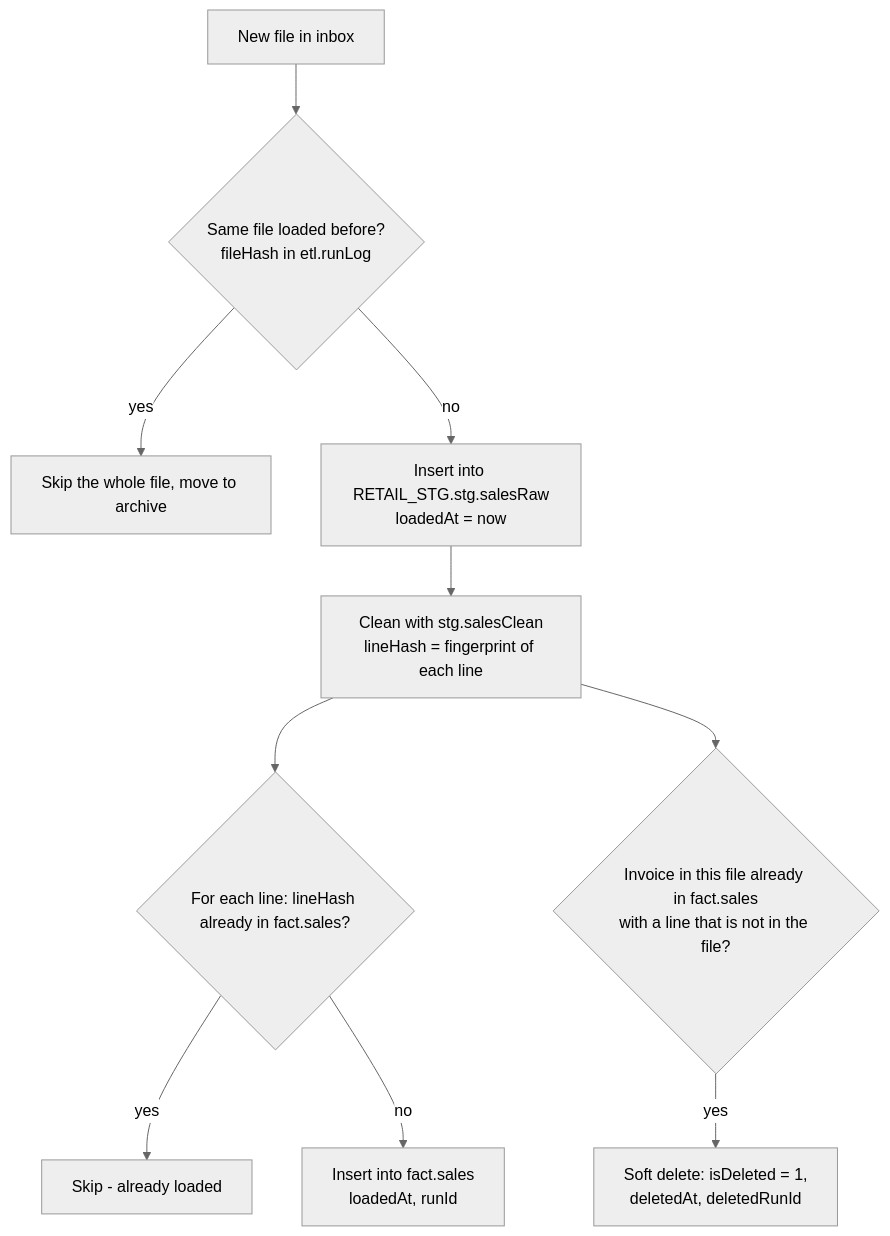
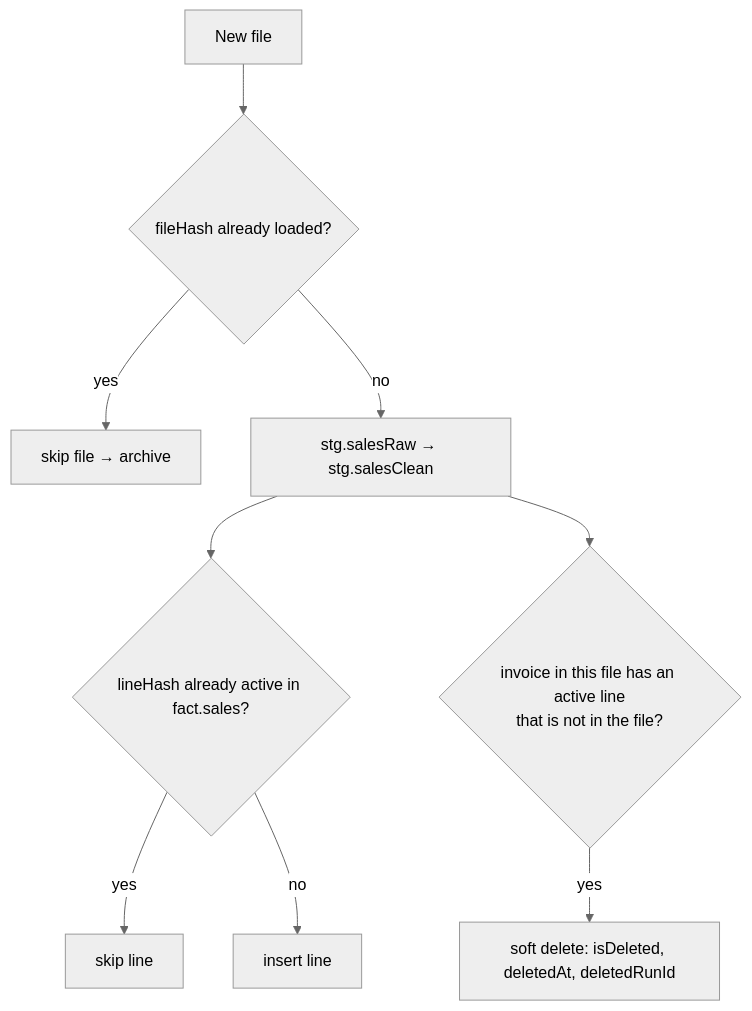
The third of 3 diagrams in readme.md (KetroSithole/RetailCo-ketro-sithole-2026), drawn with Mermaid (neutral theme) before and after one commit. The commit also changed other lines of this file and 1 other file, not shown here.

````diff
--- a/readme.md
+++ b/readme.md
@@ -78,12 +191,11 @@
 ```mermaid
 flowchart TD
-    A[New file in inbox] --> B{Same file loaded before?<br/>fileHash in etl.runLog}
-    B -->|yes| S[Skip the whole file, move to archive]
-    B -->|no| C[Insert into RETAIL_STG.stg.salesRaw<br/>loadedAt = now]
-    C --> D[Clean with stg.salesClean<br/>lineHash = fingerprint of each line]
-    D --> E{For each line: lineHash already in fact.sales?}
-    E -->|yes| F[Skip - already loaded]
-    E -->|no| G[Insert into fact.sales<br/>loadedAt, runId]
-    D --> H{Invoice in this file already in fact.sales<br/>with a line that is not in the file?}
-    H -->|yes| I[Soft delete: isDeleted = 1,<br/>deletedAt, deletedRunId]
+    A[New file] --> B{fileHash already loaded?}
+    B -->|yes| S[skip file → archive]
+    B -->|no| C[stg.salesRaw → stg.salesClean]
+    C --> D{lineHash already active in fact.sales?}
+    D -->|yes| E[skip line]
+    D -->|no| F[insert line]
+    C --> G{invoice in this file has an active line<br/>that is not in the file?}
+    G -->|yes| H[soft delete: isDeleted, deletedAt, deletedRunId]
 ```
````
